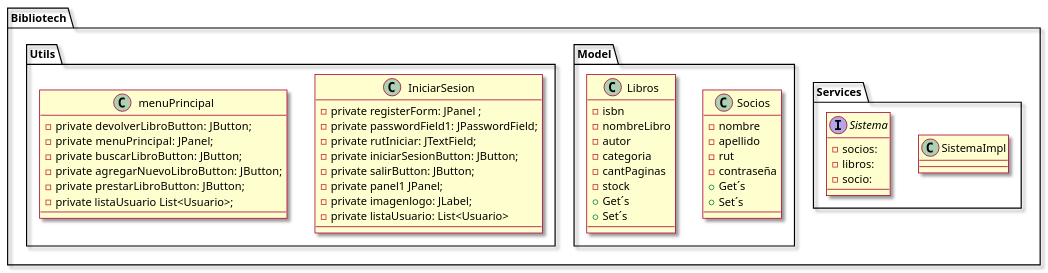
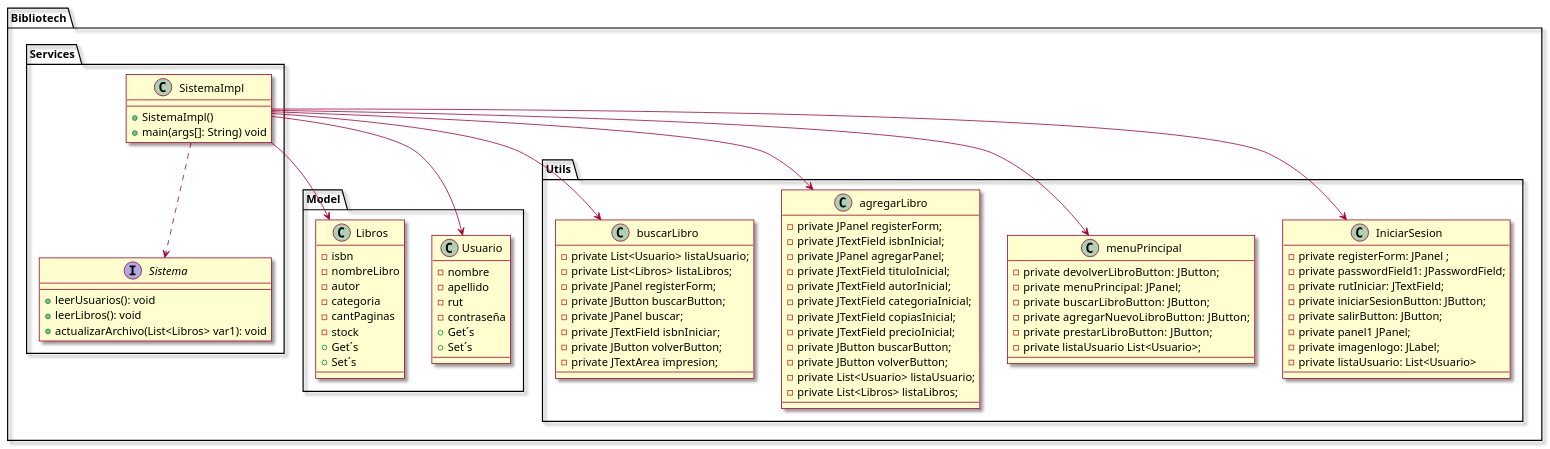
Before and after one commit to Benjamin1herrera/taller5.1: the diagram in src/clases.puml, drawn with PlantUML.

```diff
--- a/src/clases.puml
+++ b/src/clases.puml
@@ -1,69 +1,103 @@
 @startuml
 'https://plantuml.com/sequence-diagram
 
 skin rose
 
 package Bibliotech <<Folder>>{
 
     package Services <<Folder>>{
 
         Class SistemaImpl{
-
+        +SistemaImpl()
+        +main(args[]: String) void
         }
 
         Interface Sistema{
-        -socios:
-        -libros:
-        -socio:
+        +leerUsuarios(): void
+        +leerLibros(): void
+        +actualizarArchivo(List<Libros> var1): void
         }
 
     }
     package Model <<Folder>>{
 
-        Class Socios{
+        Class Usuario{
         - nombre
         - apellido
         - rut
         - contraseña
         + Get´s
         + Set´s
 
         }
 
         Class Libros{
         - isbn
         - nombreLibro
         - autor
         - categoria
         - cantPaginas
         - stock
         + Get´s
         + Set´s
 
         }
     }
 
     package Utils <<Folder>>{
         Class IniciarSesion{
         - private registerForm: JPanel ;
         - private passwordField1: JPasswordField;
         - private rutIniciar: JTextField;
         - private iniciarSesionButton: JButton;
         - private salirButton: JButton;
         - private panel1 JPanel;
         - private imagenlogo: JLabel;
         - private listaUsuario: List<Usuario>
         }
 
         Class menuPrincipal{
         -private devolverLibroButton:  JButton;
         -private menuPrincipal:  JPanel;
         -private buscarLibroButton:  JButton;
         -private agregarNuevoLibroButton:  JButton;
         -private prestarLibroButton:  JButton;
         -private listaUsuario List<Usuario>;
+        }
+
+        Class agregarLibro{
+            -private JPanel registerForm;
+            -private JTextField isbnInicial;
+            -private JPanel agregarPanel;
+            -private JTextField tituloInicial;
+            -private JTextField autorInicial;
+            -private JTextField categoriaInicial;
+            -private JTextField copiasInicial;
+            -private JTextField precioInicial;
+            -private JButton buscarButton;
+            -private JButton volverButton;
+            -private List<Usuario> listaUsuario;
+            -private List<Libros> listaLibros;
+        }
+        Class buscarLibro{
+
+            -private List<Usuario> listaUsuario;
+            -private List<Libros> listaLibros;
+            -private JPanel registerForm;
+            -private JButton buscarButton;
+            -private JPanel buscar;
+            -private JTextField isbnIniciar;
+            -private JButton volverButton;
+            -private JTextArea impresion;
+        }
     }
     }
-
+    SistemaImpl ..> Sistema
+    SistemaImpl --> Usuario
+    SistemaImpl --> Libros
+    SistemaImpl --> menuPrincipal
+    SistemaImpl --> agregarLibro
+    SistemaImpl --> IniciarSesion
+    SistemaImpl --> buscarLibro
 }
 @enduml
```
